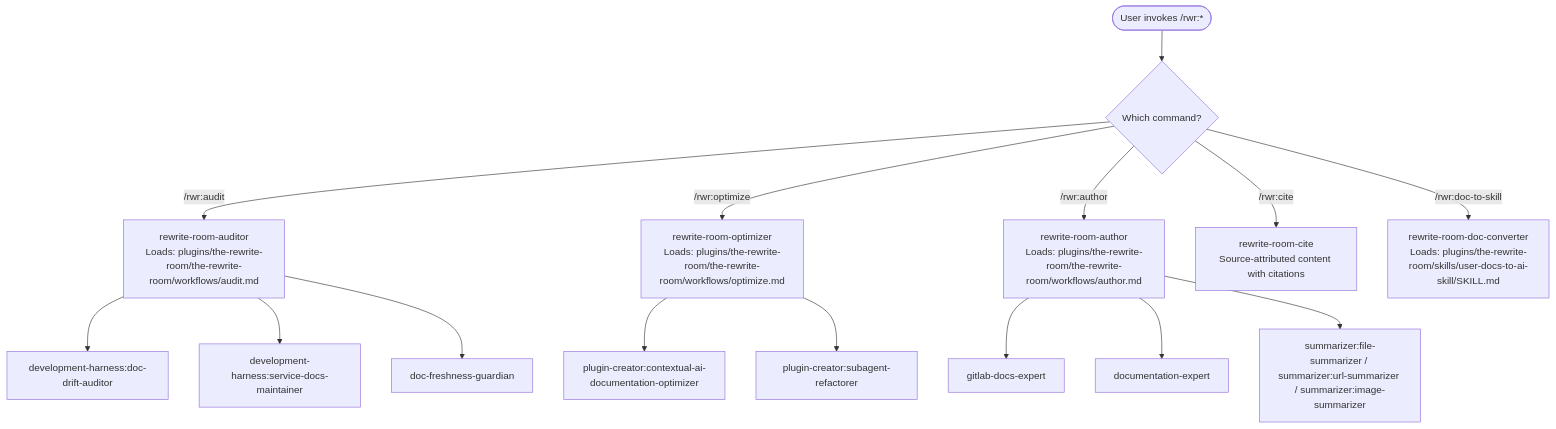
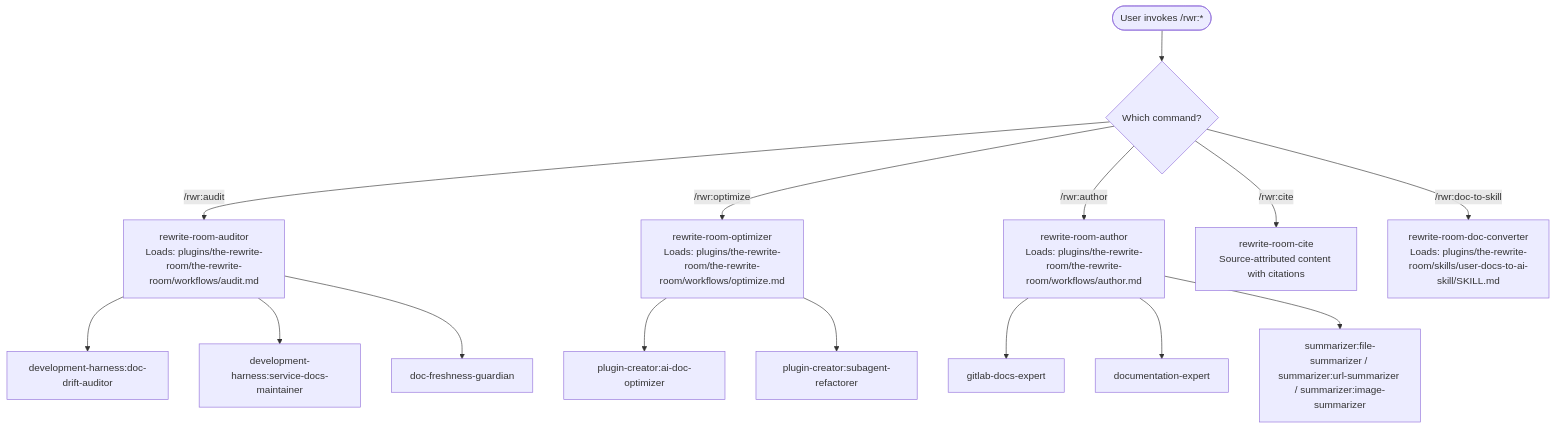
The first of 2 diagrams in plugins/the-rewrite-room/skills/the-rewrite-room/SKILL.md (chgreer1070/claude_skills), drawn with Mermaid before and after one commit. The commit also changed other lines of this file and 10 other files, not shown here.

First line of the commit message:
docs(the-rewrite-room): Wave C — replace contextual-ai-documentation-optimizer refs with split agents

````diff
--- a/plugins/the-rewrite-room/skills/the-rewrite-room/SKILL.md
+++ b/plugins/the-rewrite-room/skills/the-rewrite-room/SKILL.md
@@ -33,17 +33,17 @@
 ```mermaid
 flowchart TD
     User([User invokes /rwr:*]) --> Q{Which command?}
     Q -->|/rwr:audit| Audit[rewrite-room-auditor\nLoads: plugins/the-rewrite-room/the-rewrite-room/workflows/audit.md]
     Q -->|/rwr:optimize| Opt[rewrite-room-optimizer\nLoads: plugins/the-rewrite-room/the-rewrite-room/workflows/optimize.md]
     Q -->|/rwr:author| Auth[rewrite-room-author\nLoads: plugins/the-rewrite-room/the-rewrite-room/workflows/author.md]
     Q -->|/rwr:cite| Cite[rewrite-room-cite<br>Source-attributed content with citations]
     Q -->|/rwr:doc-to-skill| DocSkill[rewrite-room-doc-converter<br>Loads: plugins/the-rewrite-room/skills/user-docs-to-ai-skill/SKILL.md]
     Audit --> A1[development-harness:doc-drift-auditor]
     Audit --> A2[development-harness:service-docs-maintainer]
     Audit --> A3[doc-freshness-guardian]
-    Opt --> O1[plugin-creator:contextual-ai-documentation-optimizer]
+    Opt --> O1[plugin-creator:ai-doc-optimizer]
     Opt --> O2[plugin-creator:subagent-refactorer]
     Auth --> B1[gitlab-docs-expert]
     Auth --> B2[documentation-expert]
     Auth --> B3[summarizer:file-summarizer / summarizer:url-summarizer / summarizer:image-summarizer]
 ```
````
